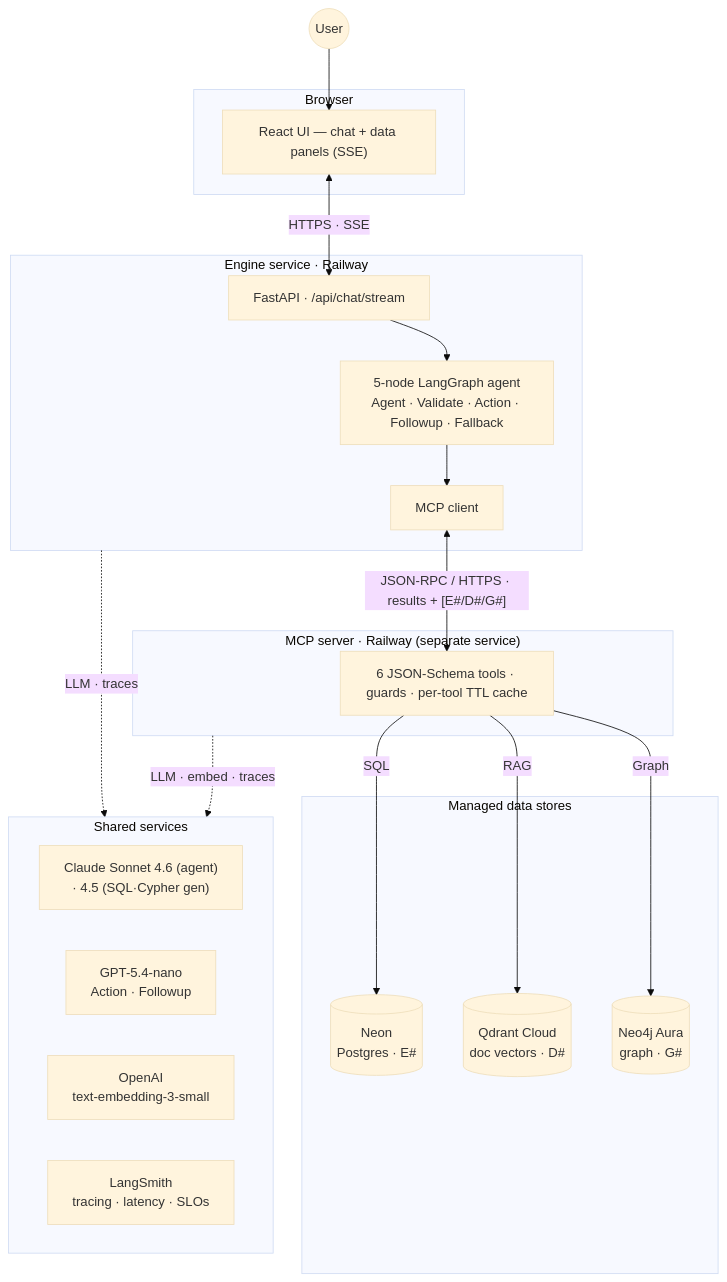
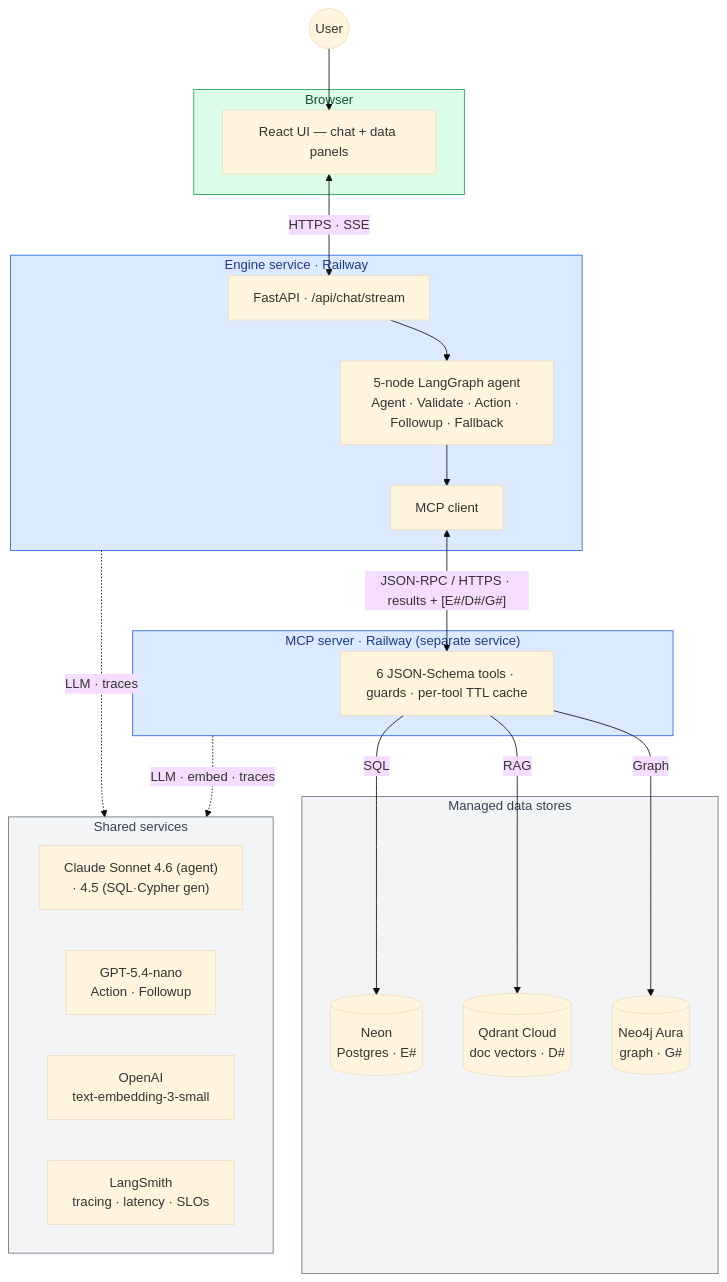
Before and after one commit to sazzad-kamal/crm-agentic-mcp-engine: the third of 7 diagrams in README.md, drawn with Mermaid (base theme).

Commit message:
D2: tier colors (blue=your deployment, gray=external, green=client) to show ownership boundary; drop redundant (SSE) from UI node

````diff
--- a/README.md
+++ b/README.md
@@ -96,41 +96,47 @@
 ```mermaid
 flowchart TB
     User(("User"))
 
     subgraph BROWSER["Browser"]
-        UI["React UI — chat + data panels (SSE)"]
+        UI["React UI — chat + data panels"]
     end
 
     subgraph RW1["Engine service · Railway"]
         API["FastAPI · /api/chat/stream"]
         AG["5-node LangGraph agent<br/>Agent · Validate · Action · Followup · Fallback"]
         MC["MCP client"]
         API --> AG --> MC
     end
 
     subgraph RW2["MCP server · Railway (separate service)"]
         TL["6 JSON-Schema tools · guards · per-tool TTL cache"]
     end
 
     subgraph DATA["Managed data stores"]
         PG[("Neon<br/>Postgres · E#")]
         QDR[("Qdrant Cloud<br/>doc vectors · D#")]
         NEO[("Neo4j Aura<br/>graph · G#")]
     end
 
     subgraph SHARED["Shared services"]
         CLA["Claude Sonnet 4.6 (agent)<br/>· 4.5 (SQL·Cypher gen)"]
         GPT["GPT-5.4-nano<br/>Action · Followup"]
         EMB["OpenAI<br/>text-embedding-3-small"]
         OBS["LangSmith<br/>tracing · latency · SLOs"]
     end
 
     User --> UI
     UI <-->|"HTTPS · SSE"| API
     MC <-->|"JSON-RPC / HTTPS · results + [E#/D#/G#]"| TL
     TL -->|SQL| PG
     TL -->|RAG| QDR
     TL -->|Graph| NEO
     RW1 -.->|"LLM · traces"| SHARED
     RW2 -.->|"LLM · embed · traces"| SHARED
+
+    style RW1 fill:#dbeafe,stroke:#2563eb,color:#1e3a8a
+    style RW2 fill:#dbeafe,stroke:#2563eb,color:#1e3a8a
+    style DATA fill:#f3f4f6,stroke:#6b7280,color:#374151
+    style SHARED fill:#f3f4f6,stroke:#6b7280,color:#374151
+    style BROWSER fill:#dcfce7,stroke:#16a34a,color:#14532d
 ```
````
